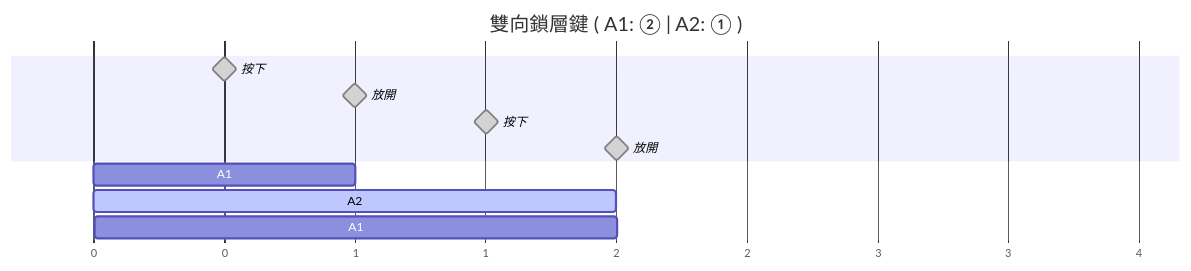
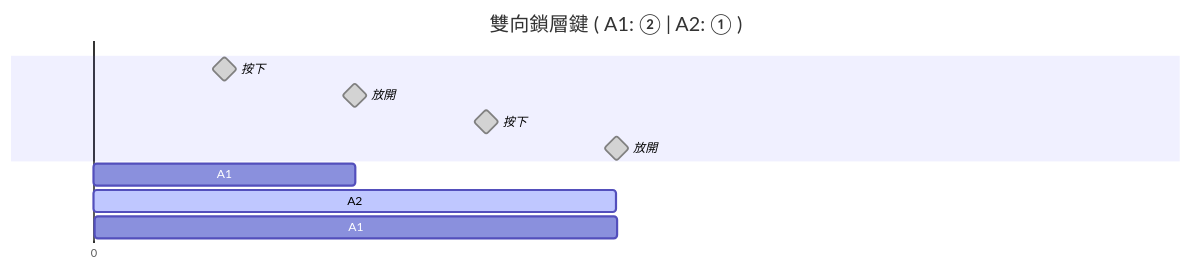
The third of 3 diagrams in source/_posts/tangent-的-charachorder-秘訣收集.md (andy23512/blog-zh-tw), drawn with Mermaid before and after one commit. The commit also changed other lines of this file and 309 other files, not shown here.

````diff
--- a/source/_posts/tangent-的-charachorder-秘訣收集.md
+++ b/source/_posts/tangent-的-charachorder-秘訣收集.md
@@ -91,14 +101,19 @@
-{% mermaid gantt %}
+```mermaid
+---
+displayMode: compact
+---
+gantt
     dateFormat X
     axisFormat %s
     title 雙向鎖層鍵 ( A1: ② | A2: ① )
     section ㅤ
     按下: milestone, done, 1, 1
     放開: milestone, done, 2, 2
     按下: milestone, done, 3, 3
     放開: milestone, done, 4, 4
-        section ㅤㅤ
+    tickInterval 1day
+    section ㅤㅤ
     A1: 0, 1s
     A2: active, 1, 2s
     A1: 3, 2s
-{% endmermaid %}
+```
````
